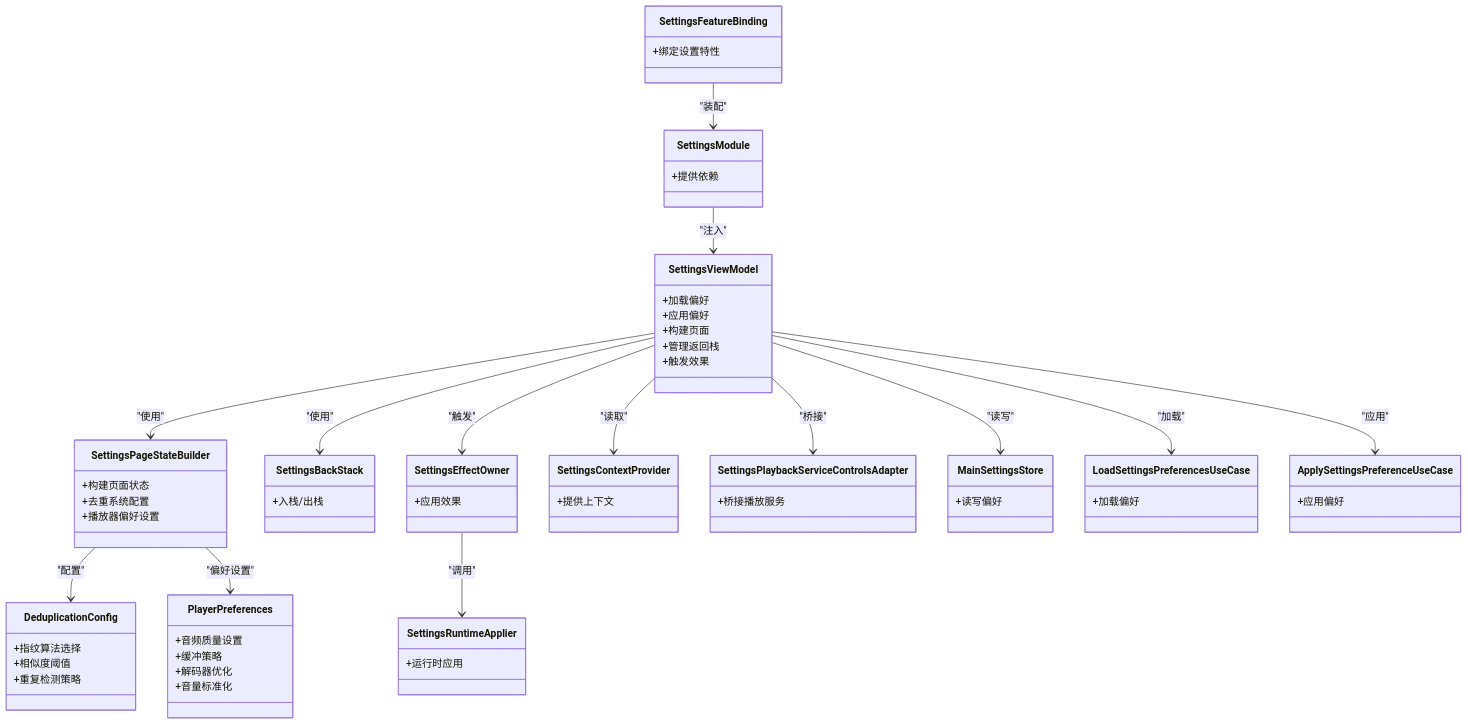
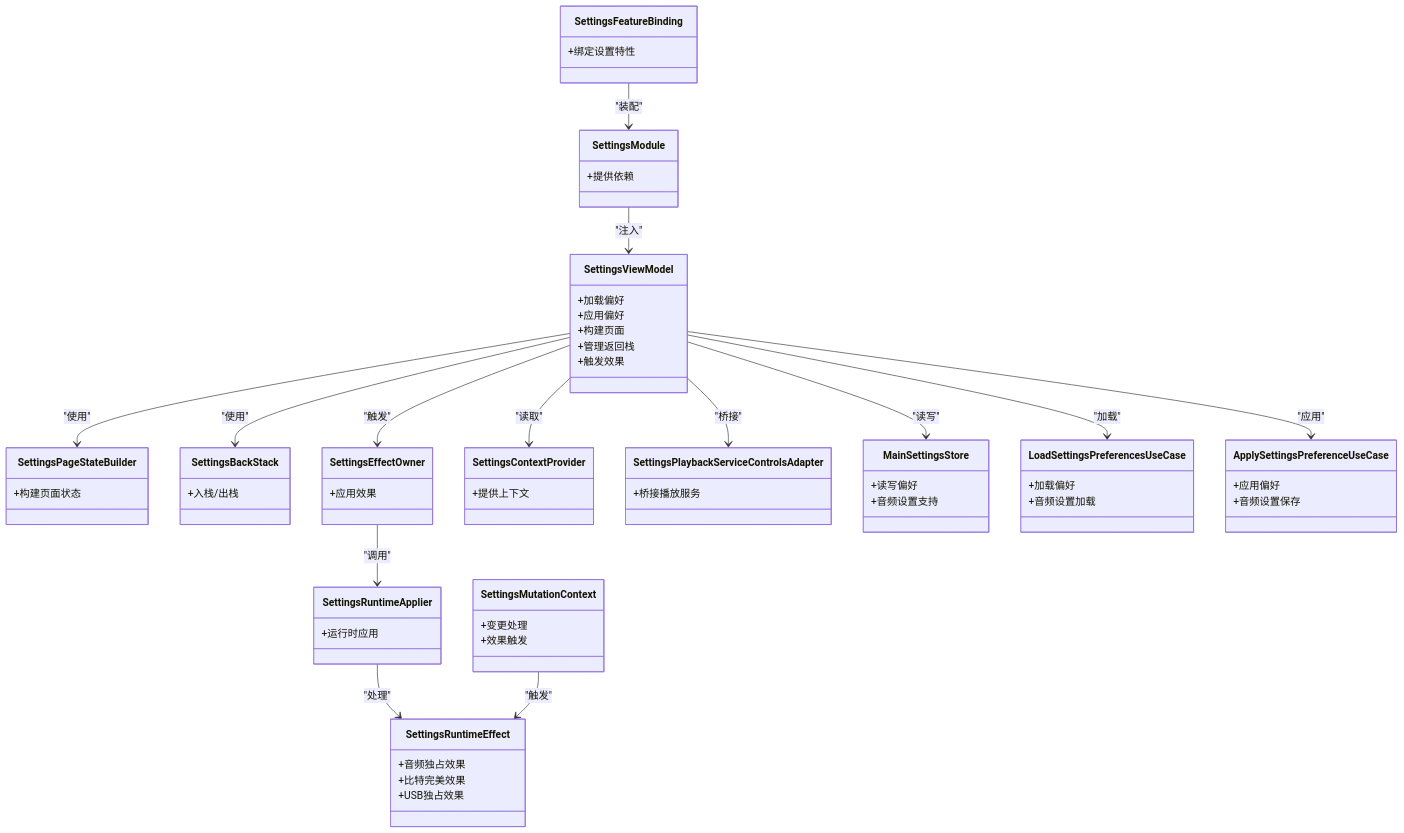
The third of 3 diagrams in .qoder/repowiki/zh/content/架构设计/模块化设计/功能特性模块/设置界面模块 (feature_settings-ui).md (ysyhlly/Yukine-android), drawn with Mermaid before and after one commit. The commit also changed other lines of this file and 254 other files, not shown here.

````diff
--- a/.qoder/repowiki/zh/content/架构设计/模块化设计/功能特性模块/设置界面模块 (feature_settings-ui).md
+++ b/.qoder/repowiki/zh/content/架构设计/模块化设计/功能特性模块/设置界面模块 (feature_settings-ui).md
@@ -257,69 +315,68 @@
 ```mermaid
 classDiagram
 class SettingsFeatureBinding {
 +绑定设置特性
 }
 class SettingsModule {
 +提供依赖
 }
 class SettingsViewModel {
 +加载偏好
 +应用偏好
 +构建页面
 +管理返回栈
 +触发效果
 }
 class SettingsPageStateBuilder {
 +构建页面状态
-+去重系统配置
-+播放器偏好设置
 }
 class SettingsBackStack {
 +入栈/出栈
 }
 class SettingsEffectOwner {
 +应用效果
 }
 class SettingsRuntimeApplier {
 +运行时应用
 }
 class SettingsContextProvider {
 +提供上下文
 }
 class SettingsPlaybackServiceControlsAdapter {
 +桥接播放服务
 }
 class MainSettingsStore {
 +读写偏好
++音频设置支持
 }
 class LoadSettingsPreferencesUseCase {
 +加载偏好
++音频设置加载
 }
 class ApplySettingsPreferenceUseCase {
 +应用偏好
++音频设置保存
 }
-class DeduplicationConfig {
-+指纹算法选择
-+相似度阈值
-+重复检测策略
+class SettingsRuntimeEffect {
++音频独占效果
++比特完美效果
++USB独占效果
 }
-class PlayerPreferences {
-+音频质量设置
-+缓冲策略
-+解码器优化
-+音量标准化
+class SettingsMutationContext {
++变更处理
++效果触发
 }
 SettingsFeatureBinding --> SettingsModule : "装配"
 SettingsModule --> SettingsViewModel : "注入"
 SettingsViewModel --> SettingsPageStateBuilder : "使用"
 SettingsViewModel --> SettingsBackStack : "使用"
 SettingsViewModel --> SettingsEffectOwner : "触发"
 SettingsEffectOwner --> SettingsRuntimeApplier : "调用"
 SettingsViewModel --> SettingsContextProvider : "读取"
 SettingsViewModel --> SettingsPlaybackServiceControlsAdapter : "桥接"
 SettingsViewModel --> MainSettingsStore : "读写"
 SettingsViewModel --> LoadSettingsPreferencesUseCase : "加载"
 SettingsViewModel --> ApplySettingsPreferenceUseCase : "应用"
-SettingsPageStateBuilder --> DeduplicationConfig : "配置"
-SettingsPageStateBuilder --> PlayerPreferences : "偏好设置"
+SettingsRuntimeApplier --> SettingsRuntimeEffect : "处理"
+SettingsMutationContext --> SettingsRuntimeEffect : "触发"
 ```
````
